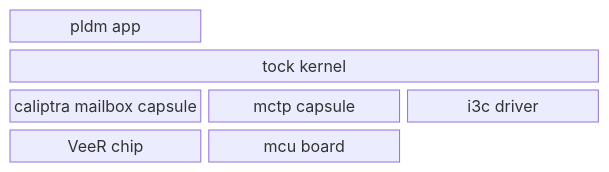
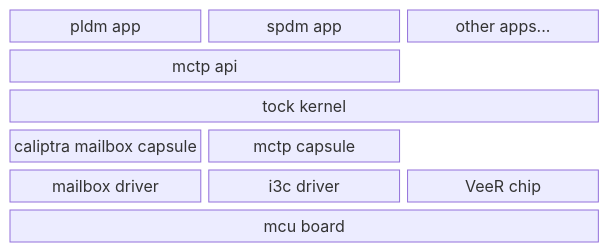
Before and after one commit to chipsalliance/caliptra-mcu-sw: the diagram in docs/src/mcu.md, drawn with Mermaid. The commit also changed other lines of this file, not shown here.

Commit message:
docs: Quick overview of MCU

````diff
--- a/docs/src/mcu.md
+++ b/docs/src/mcu.md
@@ -40,11 +27,17 @@
 ```mermaid
 block-beta
   columns 3
-  pldm&nbsp;app space:2
+  pldm&nbsp;app
+  spdm&nbsp;app
+  other&nbsp;apps...
+  mctp&nbsp;api:2
+  space:1
   tock&nbsp;kernel:3
   caliptra&nbsp;mailbox&nbsp;capsule
   mctp&nbsp;capsule
+  space:1
+  mailbox&nbsp;driver
   i3c&nbsp;driver
   VeeR&nbsp;chip
-  mcu&nbsp;board
+  mcu&nbsp;board:3
 ```
````
